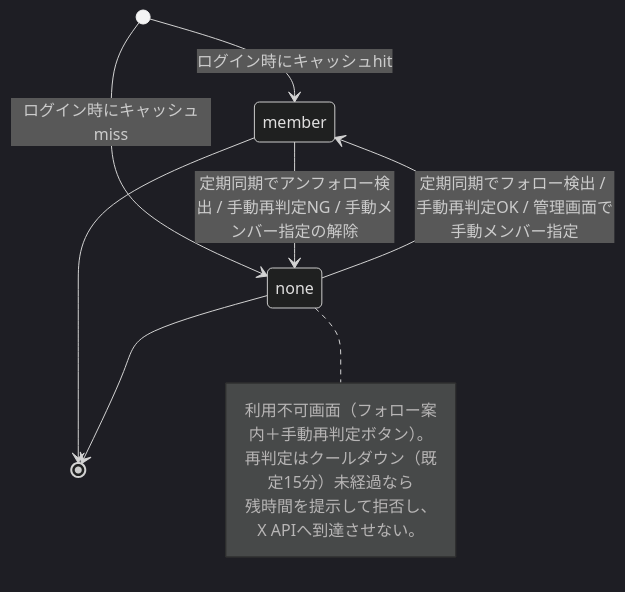
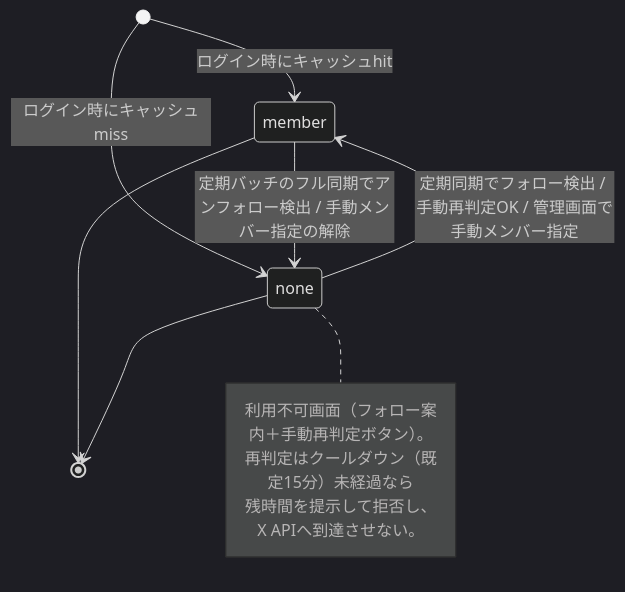
Before and after one commit to rictaworks/questboard: diagram 11 of 12 in questboard_design_document.md, drawn with Mermaid (dark theme). The commit also changed other lines of this file and 2 other files, not shown here.

````diff
--- a/questboard_design_document.md
+++ b/questboard_design_document.md
@@ -617,15 +619,15 @@
 ```mermaid
 stateDiagram-v2
     [*] --> member : ログイン時にキャッシュhit
     [*] --> none : ログイン時にキャッシュmiss
     none --> member : 定期同期でフォロー検出 / 手動再判定OK / 管理画面で手動メンバー指定
-    member --> none : 定期同期でアンフォロー検出 / 手動再判定NG / 手動メンバー指定の解除
+    member --> none : 定期バッチのフル同期でアンフォロー検出 / 手動メンバー指定の解除
     member --> [*]
     none --> [*]
 
     note right of none
         利用不可画面（フォロー案内＋手動再判定ボタン）。
         再判定はクールダウン（既定15分）未経過なら
         残時間を提示して拒否し、X APIへ到達させない。
     end note
 ```
````
